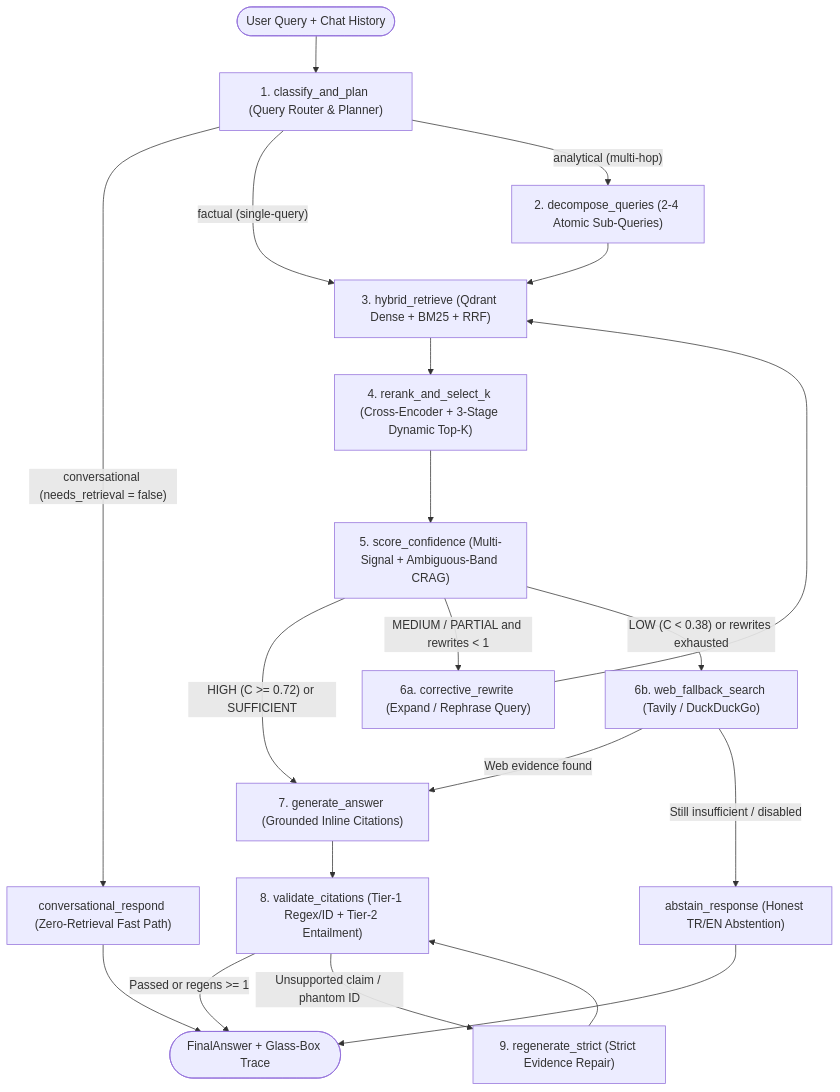
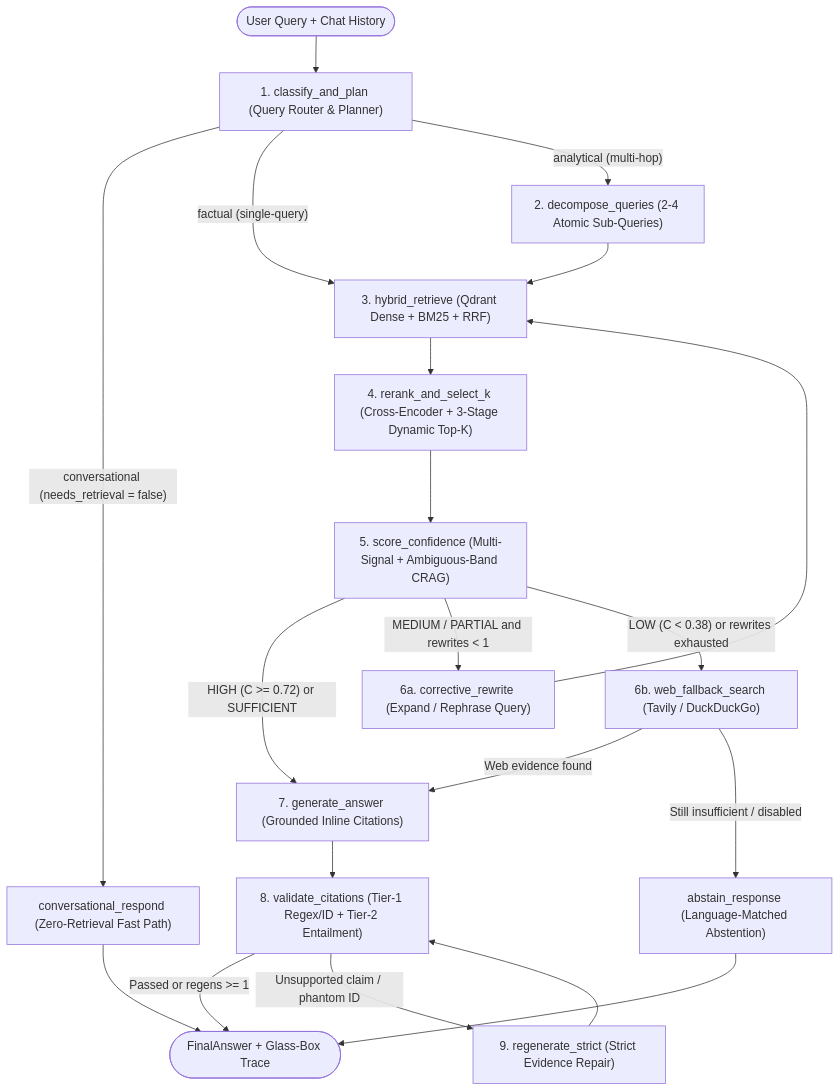
One commit to emirhansilsupur/adaptive-rag changed the diagram in README.md. Above: the diagram before and after it, drawn with Mermaid. The commit also changed other lines of this file and 6 other files, not shown here.

````diff
--- a/README.md
+++ b/README.md
@@ -37,28 +51,28 @@
 ```mermaid
 flowchart TD
     START(["User Query + Chat History"]) --> CLASSIFY["1. classify_and_plan (Query Router & Planner)"]
 
     CLASSIFY -->|"conversational (needs_retrieval = false)"| CONV["conversational_respond (Zero-Retrieval Fast Path)"]
     CONV --> END_NODE(["FinalAnswer + Glass-Box Trace"])
 
     CLASSIFY -->|"factual (single-query)"| RETRIEVE["3. hybrid_retrieve (Qdrant Dense + BM25 + RRF)"]
     CLASSIFY -->|"analytical (multi-hop)"| DECOMPOSE["2. decompose_queries (2-4 Atomic Sub-Queries)"]
     DECOMPOSE --> RETRIEVE
 
     RETRIEVE --> RERANK["4. rerank_and_select_k (Cross-Encoder + 3-Stage Dynamic Top-K)"]
     RERANK --> CONF["5. score_confidence (Multi-Signal + Ambiguous-Band CRAG)"]
 
     CONF -->|"HIGH (C >= 0.72) or SUFFICIENT"| GEN["7. generate_answer (Grounded Inline Citations)"]
     CONF -->|"MEDIUM / PARTIAL and rewrites < 1"| REWRITE["6a. corrective_rewrite (Expand / Rephrase Query)"]
     REWRITE --> RETRIEVE
 
     CONF -->|"LOW (C < 0.38) or rewrites exhausted"| FALLBACK["6b. web_fallback_search (Tavily / DuckDuckGo)"]
     FALLBACK -->|"Web evidence found"| GEN
-    FALLBACK -->|"Still insufficient / disabled"| ABSTAIN["abstain_response (Honest TR/EN Abstention)"]
+    FALLBACK -->|"Still insufficient / disabled"| ABSTAIN["abstain_response (Language-Matched Abstention)"]
     ABSTAIN --> END_NODE
 
     GEN --> CITE["8. validate_citations (Tier-1 Regex/ID + Tier-2 Entailment)"]
     CITE -->|"Passed or regens >= 1"| END_NODE
     CITE -->|"Unsupported claim / phantom ID"| REGEN["9. regenerate_strict (Strict Evidence Repair)"]
     REGEN --> CITE
 ```
````
